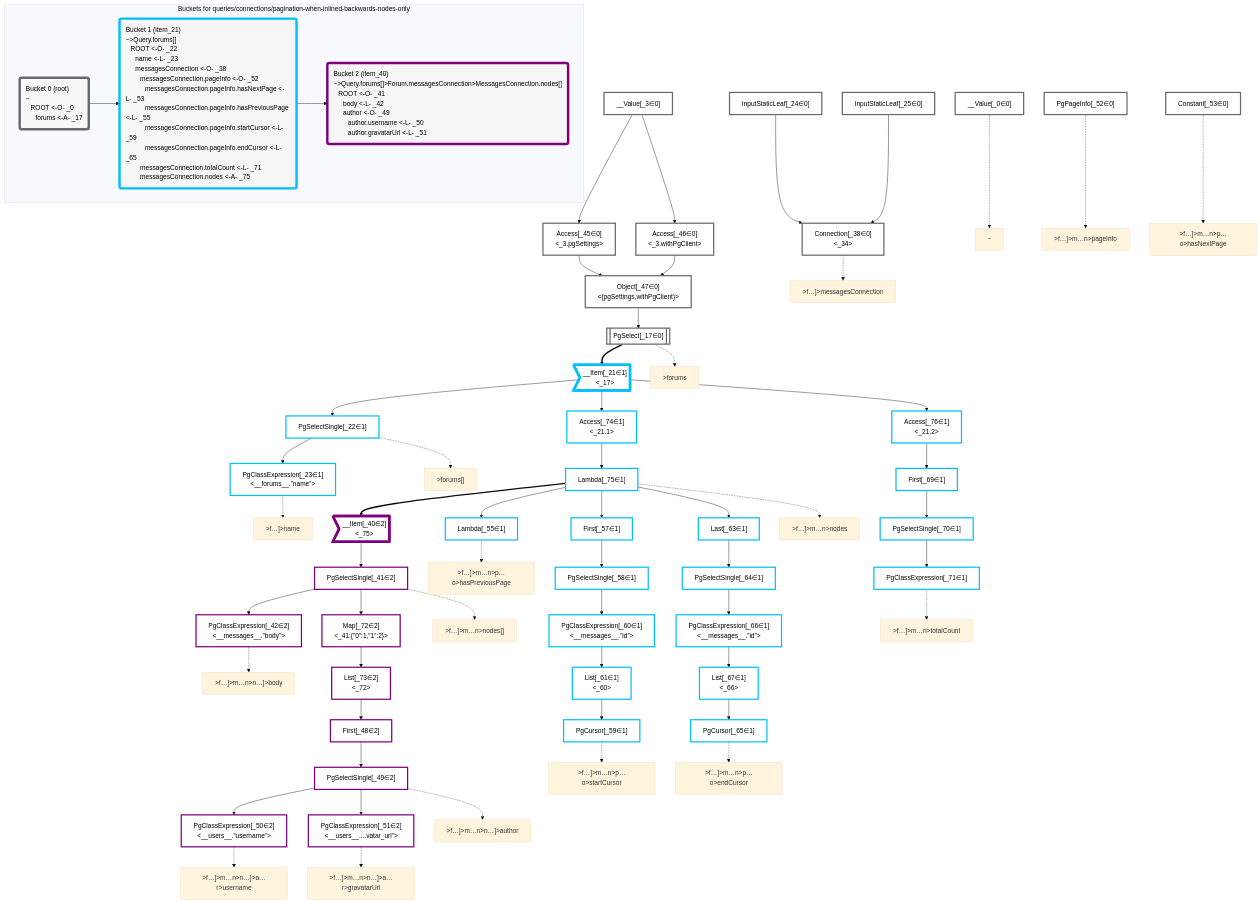
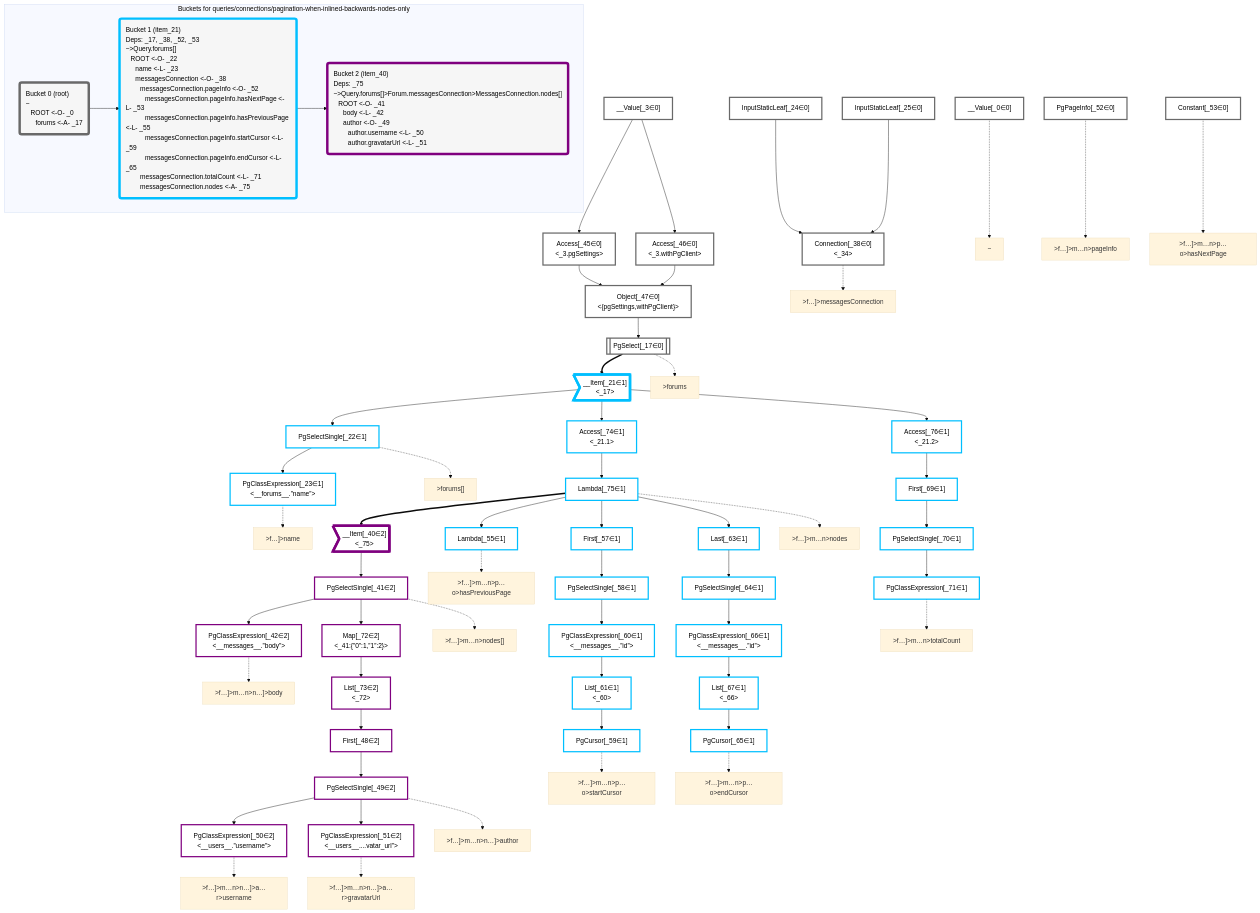
Before and after one commit to graphile/crystal: the diagram in packages/dataplan-pg/__tests__/queries/connections/pagination-when-inlined-backwards-nodes-only.mermaid.md, drawn with Mermaid (base theme). The commit also changed 157 other files, not shown here.

Commit message:
Add deps to all query snapshots

```diff
--- a/packages/dataplan-pg/__tests__/queries/connections/pagination-when-inlined-backwards-nodes-only.mermaid.md
+++ b/packages/dataplan-pg/__tests__/queries/connections/pagination-when-inlined-backwards-nodes-only.mermaid.md
@@ -134,10 +134,10 @@
     subgraph "Buckets for queries/connections/pagination-when-inlined-backwards-nodes-only"
     Bucket0("Bucket 0 (root)<br />~<br />⠀ROOT <-O- _0<br />⠀⠀forums <-A- _17"):::bucket
     style Bucket0 stroke:#696969
-    Bucket1("Bucket 1 (item_21)<br />~>Query.forums[]<br />⠀ROOT <-O- _22<br />⠀⠀name <-L- _23<br />⠀⠀messagesConnection <-O- _38<br />⠀⠀⠀messagesConnection.pageInfo <-O- _52<br />⠀⠀⠀⠀messagesConnection.pageInfo.hasNextPage <-L- _53<br />⠀⠀⠀⠀messagesConnection.pageInfo.hasPreviousPage <-L- _55<br />⠀⠀⠀⠀messagesConnection.pageInfo.startCursor <-L- _59<br />⠀⠀⠀⠀messagesConnection.pageInfo.endCursor <-L- _65<br />⠀⠀⠀messagesConnection.totalCount <-L- _71<br />⠀⠀⠀messagesConnection.nodes <-A- _75"):::bucket
+    Bucket1("Bucket 1 (item_21)<br />Deps: _17, _38, _52, _53<br />~>Query.forums[]<br />⠀ROOT <-O- _22<br />⠀⠀name <-L- _23<br />⠀⠀messagesConnection <-O- _38<br />⠀⠀⠀messagesConnection.pageInfo <-O- _52<br />⠀⠀⠀⠀messagesConnection.pageInfo.hasNextPage <-L- _53<br />⠀⠀⠀⠀messagesConnection.pageInfo.hasPreviousPage <-L- _55<br />⠀⠀⠀⠀messagesConnection.pageInfo.startCursor <-L- _59<br />⠀⠀⠀⠀messagesConnection.pageInfo.endCursor <-L- _65<br />⠀⠀⠀messagesConnection.totalCount <-L- _71<br />⠀⠀⠀messagesConnection.nodes <-A- _75"):::bucket
     style Bucket1 stroke:#00bfff
     Bucket0 --> Bucket1
-    Bucket2("Bucket 2 (item_40)<br />~>Query.forums[]>Forum.messagesConnection>MessagesConnection.nodes[]<br />⠀ROOT <-O- _41<br />⠀⠀body <-L- _42<br />⠀⠀author <-O- _49<br />⠀⠀⠀author.username <-L- _50<br />⠀⠀⠀author.gravatarUrl <-L- _51"):::bucket
+    Bucket2("Bucket 2 (item_40)<br />Deps: _75<br />~>Query.forums[]>Forum.messagesConnection>MessagesConnection.nodes[]<br />⠀ROOT <-O- _41<br />⠀⠀body <-L- _42<br />⠀⠀author <-O- _49<br />⠀⠀⠀author.username <-L- _50<br />⠀⠀⠀author.gravatarUrl <-L- _51"):::bucket
     style Bucket2 stroke:#7f007f
     Bucket1 --> Bucket2
     end
```
